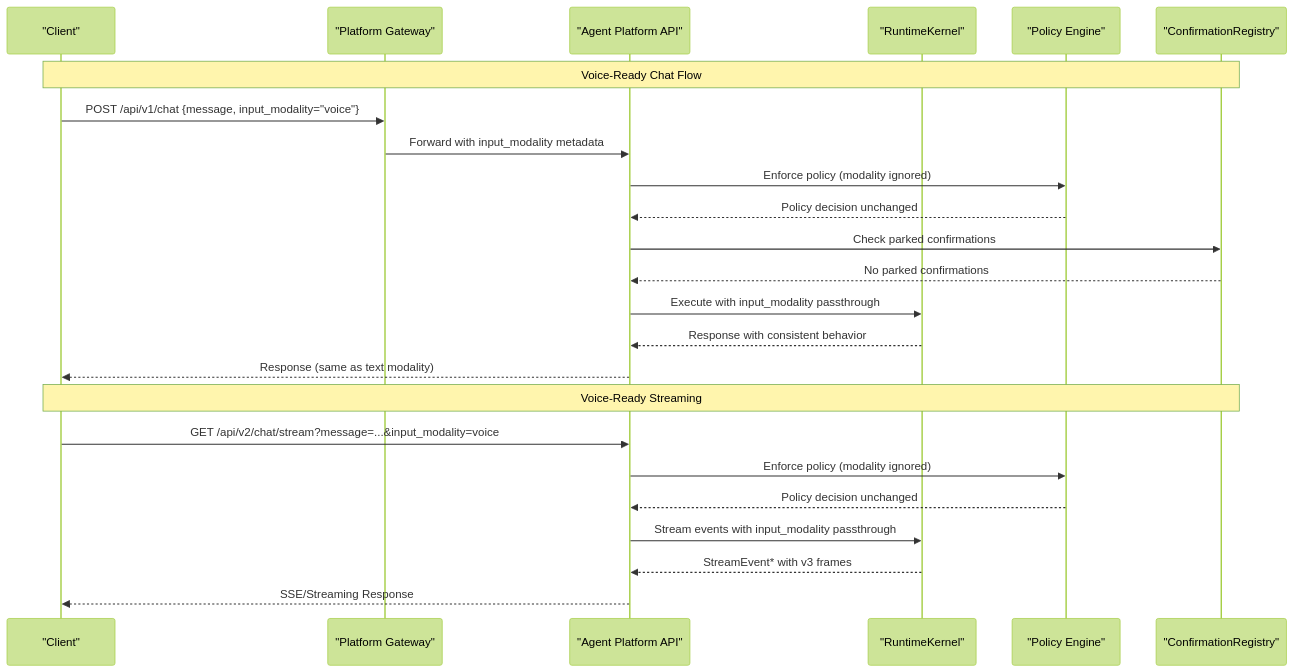
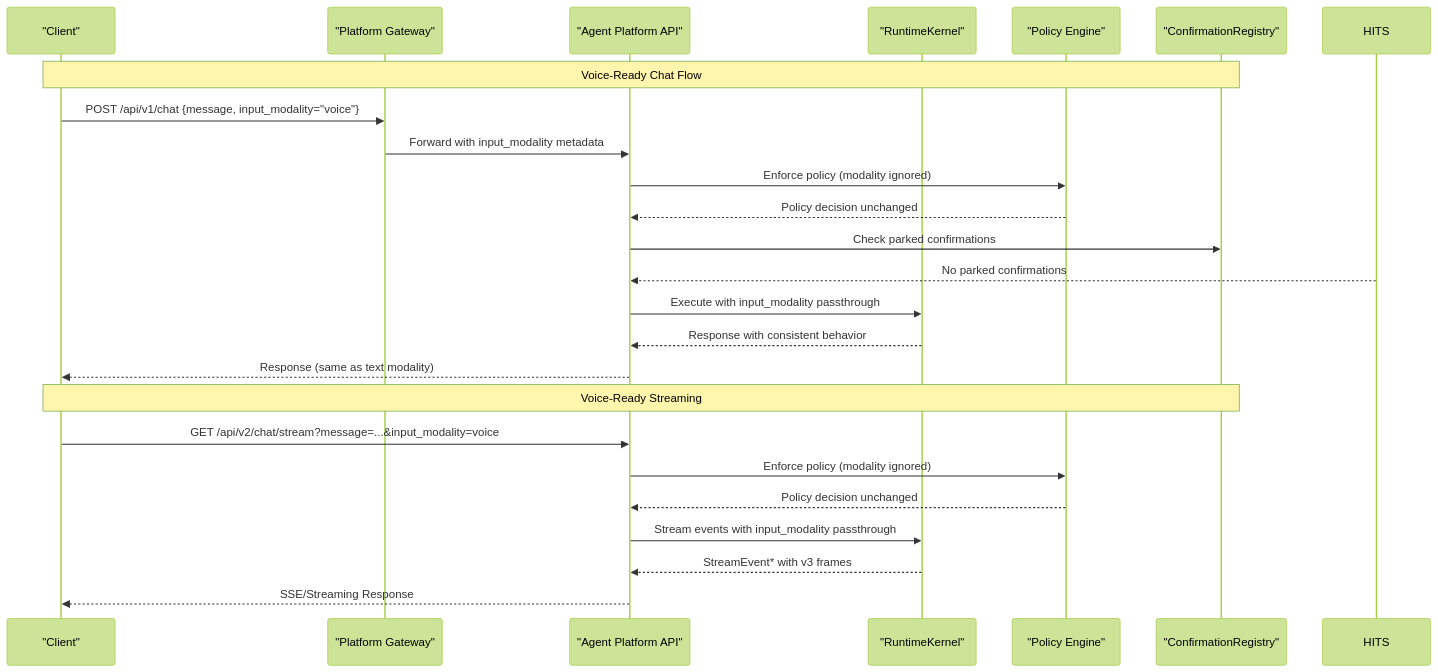
Diagram 21 of 32 in .qoder/repowiki/en/content/Agent Platform Service/Agent Platform Service.md (metasync/luban-aiops), drawn with Mermaid (forest theme) before and after one commit. The commit also changed other lines of this file and 6 other files, not shown here.

````diff
--- a/.qoder/repowiki/en/content/Agent Platform Service/Agent Platform Service.md
+++ b/.qoder/repowiki/en/content/Agent Platform Service/Agent Platform Service.md
@@ -1166,26 +1294,26 @@
 ```mermaid
 sequenceDiagram
 participant Client as "Client"
 participant Gateway as "Platform Gateway"
 participant API as "Agent Platform API"
 participant Kernel as "RuntimeKernel"
 participant Policy as "Policy Engine"
 participant HITL as "ConfirmationRegistry"
 Note over Client,HITL : Voice-Ready Chat Flow
 Client->>Gateway : POST /api/v1/chat {message, input_modality="voice"}
 Gateway->>API : Forward with input_modality metadata
 API->>Policy : Enforce policy (modality ignored)
 Policy-->>API : Policy decision unchanged
 API->>HITL : Check parked confirmations
-HITL-->>API : No parked confirmations
+HITS-->>API : No parked confirmations
 API->>Kernel : Execute with input_modality passthrough
 Kernel-->>API : Response with consistent behavior
 API-->>Client : Response (same as text modality)
 Note over Client,HITL : Voice-Ready Streaming
 Client->>API : GET /api/v2/chat/stream?message=...&input_modality=voice
 API->>Policy : Enforce policy (modality ignored)
 Policy-->>API : Policy decision unchanged
 API->>Kernel : Stream events with input_modality passthrough
 Kernel-->>API : StreamEvent* with v3 frames
 API-->>Client : SSE/Streaming Response
 ```
````
